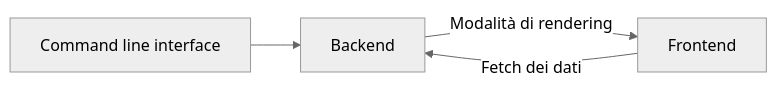
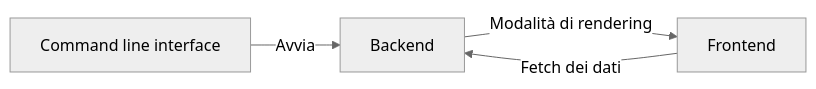
One commit to iacobucci/tesi-triennale changed the second of 4 diagrams in 2-descrizione_delle_tecnologie.md. Above: the diagram before and after it, drawn with Mermaid. The commit also changed other lines of this file and 3 other files, not shown here.

````diff
--- a/2-descrizione_delle_tecnologie.md
+++ b/2-descrizione_delle_tecnologie.md
@@ -80,11 +80,11 @@
 ```mermaid {height=1.2cm}
 %%{init: {'theme': 'neutral', 'mirrorActors': false} }%%
 flowchart LR
 
-cli --> server -- Modalità di rendering --> frontend
+cli -- Avvia --> server -- Modalità di rendering --> frontend
 frontend -- Fetch dei dati --> server
 
 cli[Command line interface]
 server[Backend]
 frontend[Frontend]
 ```
````
